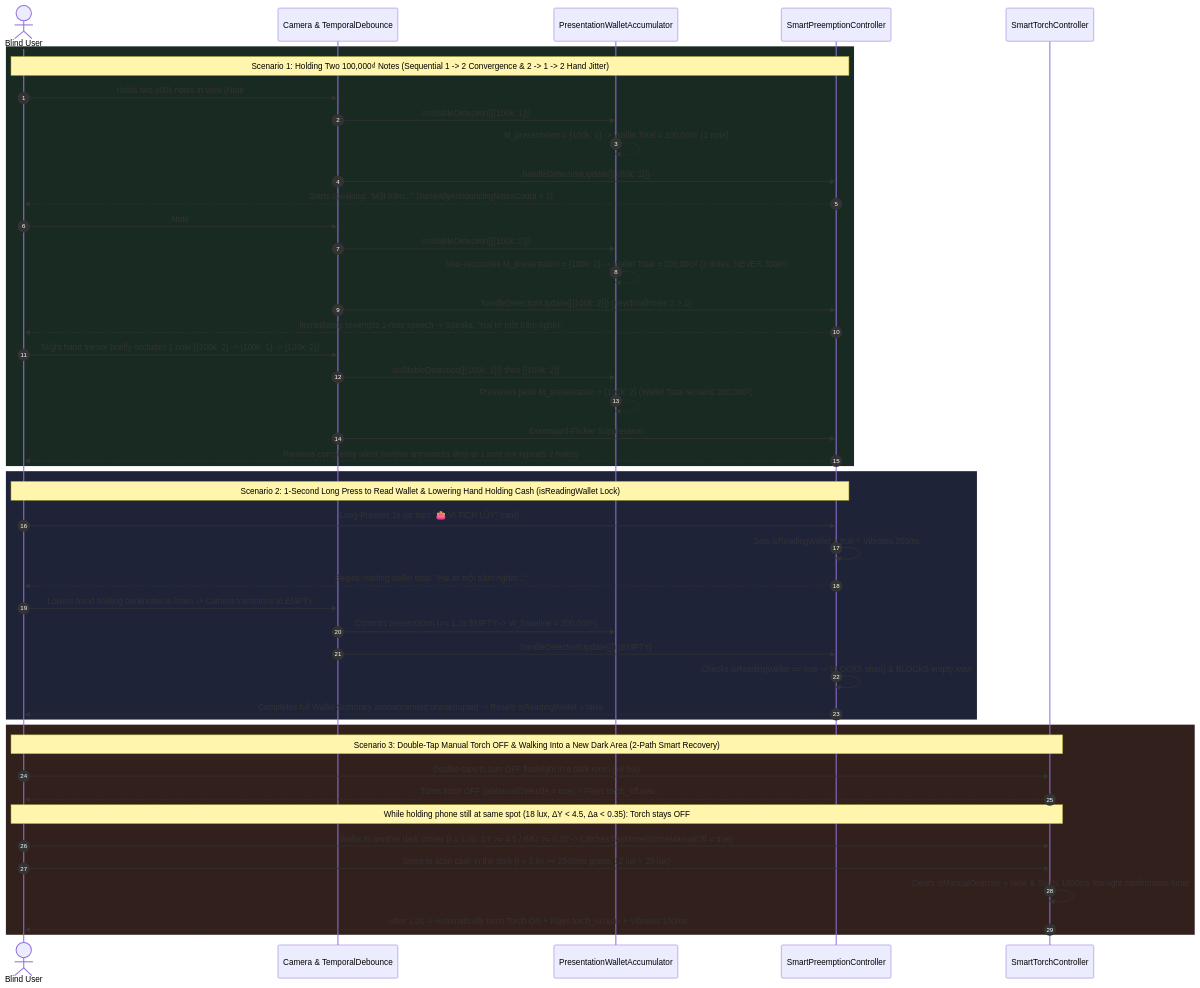
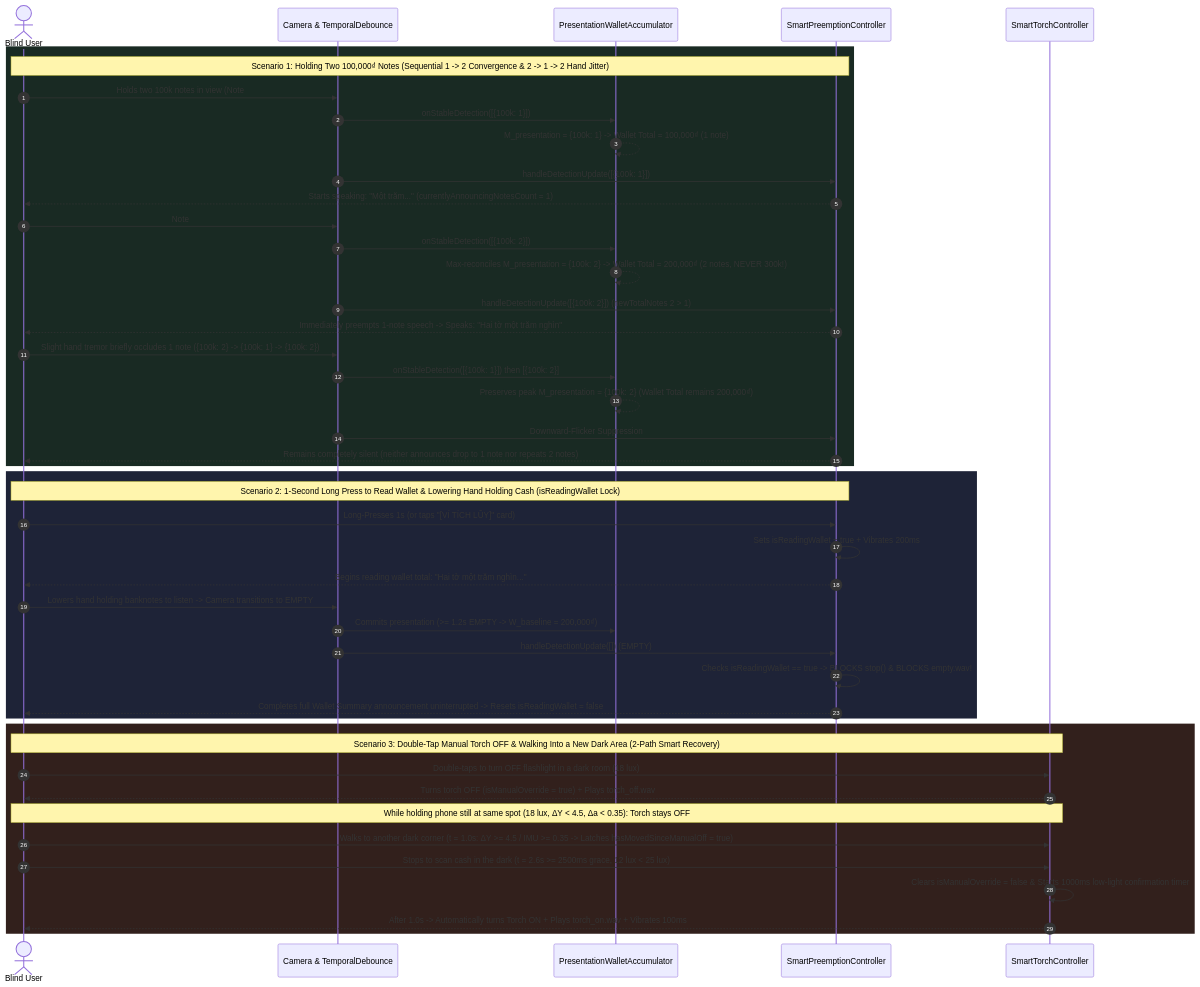
One commit to hezioquan12/vietnamese-money-vision changed the seventh of 7 diagrams in docs/BLIND_FIRST_UI_UX_SPECIFICATION.en.md. Above: the diagram before and after it, drawn with Mermaid. The commit also changed other lines of this file and 4 other files, not shown here.

Commit message:
docs: standardize technical specifications, remove sprint tickets and de-slop diagrams

````diff
--- a/docs/BLIND_FIRST_UI_UX_SPECIFICATION.en.md
+++ b/docs/BLIND_FIRST_UI_UX_SPECIFICATION.en.md
@@ -289,51 +289,51 @@
 ```mermaid
 sequenceDiagram
     autonumber
     actor User as Blind User
     participant Cam as Camera & TemporalDebounce
     participant Wallet as PresentationWalletAccumulator
     participant Audio as SmartPreemptionController
     participant Torch as SmartTorchController
 
     rect rgb(25, 42, 35)
     Note over User,Audio: Scenario 1: Holding Two 100,000₫ Notes (Sequential 1 -> 2 Convergence & 2 -> 1 -> 2 Hand Jitter)
     User->>Cam: Holds two 100k notes in view (Note #1 converges first at t = 0.5s)
     Cam->>Wallet: onStableDetection([{100k: 1}])
     Wallet-->>Wallet: M_presentation = {100k: 1} -> Wallet Total = 100,000₫ (1 note)
     Cam->>Audio: handleDetectionUpdate([{100k: 1}])
     Audio-->>User: Starts speaking: "Một trăm..." (currentlyAnnouncingNotesCount = 1)
     User->>Cam: Note #2 enters crisp focus (t = 0.8s, while 1-note speech is still mid-sentence)
     Cam->>Wallet: onStableDetection([{100k: 2}])
     Wallet-->>Wallet: Max-reconciles M_presentation = {100k: 2} -> Wallet Total = 200,000₫ (2 notes, NEVER 300k!)
     Cam->>Audio: handleDetectionUpdate([{100k: 2}]) (newTotalNotes 2 > 1)
     Audio-->>User: Immediately preempts 1-note speech -> Speaks: "Hai tờ một trăm nghìn"
     User->>Cam: Slight hand tremor briefly occludes 1 note ({100k: 2} -> {100k: 1} -> {100k: 2})
     Cam->>Wallet: onStableDetection([{100k: 1}]) then [{100k: 2}]
     Wallet-->>Wallet: Preserves peak M_presentation = {100k: 2} (Wallet Total remains 200,000₫)
     Cam->>Audio: Downward-Flicker Suppression
     Audio-->>User: Remains completely silent (neither announces drop to 1 note nor repeats 2 notes)
     end
 
     rect rgb(30, 35, 55)
     Note over User,Audio: Scenario 2: 1-Second Long Press to Read Wallet & Lowering Hand Holding Cash (isReadingWallet Lock)
-    User->>Audio: Long-Presses 1s (or taps "👛 VÍ TÍCH LŨY" card)
+    User->>Audio: Long-Presses 1s (or taps "[VÍ TÍCH LŨY]" card)
     Audio->>Audio: Sets isReadingWallet = true + Vibrates 200ms
     Audio-->>User: Begins reading wallet total: "Hai tờ một trăm nghìn..."
     User->>Cam: Lowers hand holding banknotes to listen -> Camera transitions to EMPTY
     Cam->>Wallet: Commits presentation (>= 1.2s EMPTY -> W_baseline = 200,000₫)
     Cam->>Audio: handleDetectionUpdate([]) (EMPTY)
     Audio->>Audio: Checks isReadingWallet == true -> BLOCKS stop() & BLOCKS empty.wav!
     Audio-->>User: Completes full Wallet Summary announcement uninterrupted -> Resets isReadingWallet = false
     end
 
     rect rgb(50, 32, 28)
     Note over User,Torch: Scenario 3: Double-Tap Manual Torch OFF & Walking Into a New Dark Area (2-Path Smart Recovery)
     User->>Torch: Double-taps to turn OFF flashlight in a dark room (18 lux)
     Torch-->>User: Turns torch OFF (isManualOverride = true) + Plays torch_off.wav
     Note over User,Torch: While holding phone still at same spot (18 lux, ΔY < 4.5, Δa < 0.35): Torch stays OFF
     User->>Torch: Walks to another dark corner (t = 1.0s: ΔY >= 4.5 / IMU >= 0.35 -> Latches hasMovedSinceManualOff = true)
     User->>Torch: Stops to scan cash in the dark (t = 2.6s >= 2500ms grace, 12 lux < 25 lux)
     Torch->>Torch: Clears isManualOverride = false & Starts 1000ms low-light confirmation timer
     Torch-->>User: After 1.0s -> Automatically turns Torch ON + Plays torch_on.wav + Vibrates 100ms
     end
 ```
````
